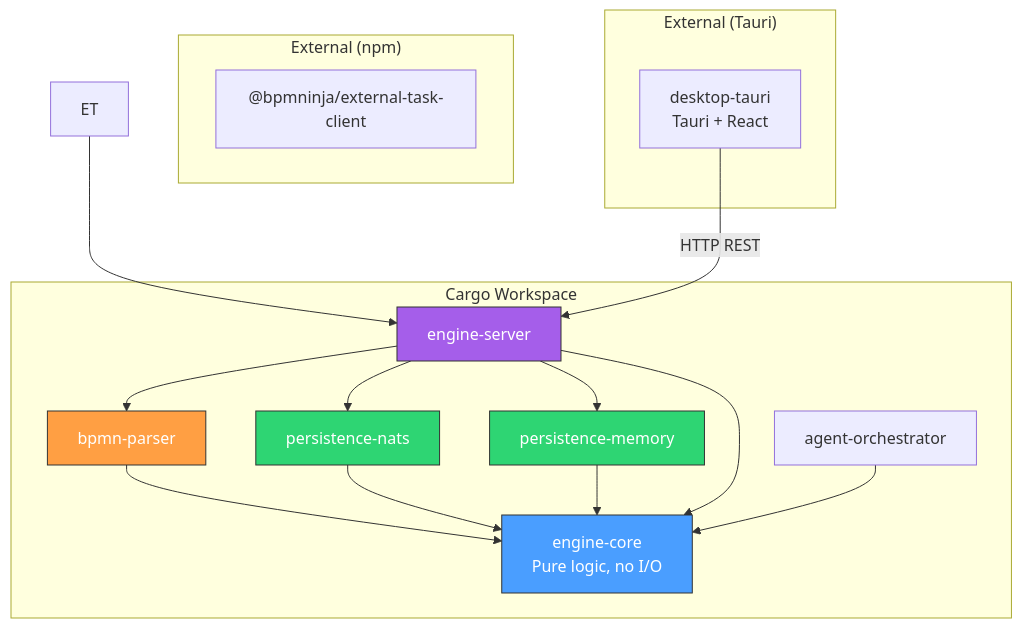
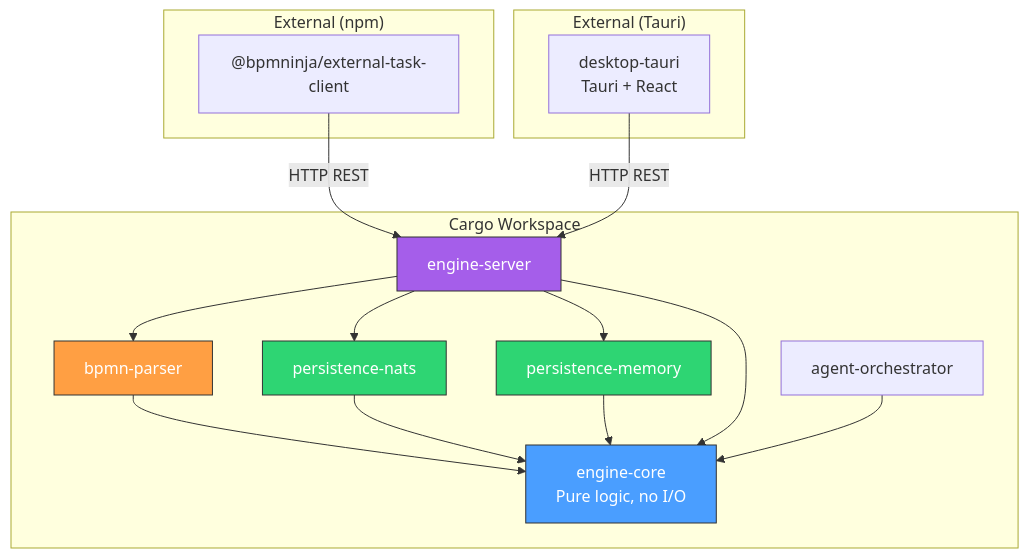
One commit to maatini/bpmninja changed the diagram in docs/knowledge-base/architecture/dependencies.md. Above: the diagram before and after it, drawn with Mermaid. The commit also changed other lines of this file and 25 other files, not shown here.

````diff
--- a/docs/knowledge-base/architecture/dependencies.md
+++ b/docs/knowledge-base/architecture/dependencies.md
@@ -5,36 +5,36 @@
 ```mermaid
 graph TD
     subgraph "Cargo Workspace"
         EC["engine-core<br>Pure logic, no I/O"]
         BP["bpmn-parser"]
         PN["persistence-nats"]
         PM["persistence-memory"]
         ES["engine-server"]
         AO["agent-orchestrator"]
     end
 
     subgraph "External (npm)"
         ETC["@bpmninja/external-task-client"]
     end
 
     subgraph "External (Tauri)"
         DT["desktop-tauri<br>Tauri + React"]
     end
 
     BP --> EC
     PN --> EC
     PM --> EC
     ES --> EC
     ES --> BP
     ES --> PN
     ES --> PM
     AO --> EC
-    ET --> ES
+    ETC -->|HTTP REST| ES
     DT -->|HTTP REST| ES
 
     style EC fill:#4a9eff,stroke:#333,color:#fff
     style BP fill:#ff9f43,stroke:#333,color:#fff
     style PN fill:#2ed573,stroke:#333,color:#fff
     style PM fill:#2ed573,stroke:#333,color:#fff
     style ES fill:#a55eea,stroke:#333,color:#fff
 ```
````
